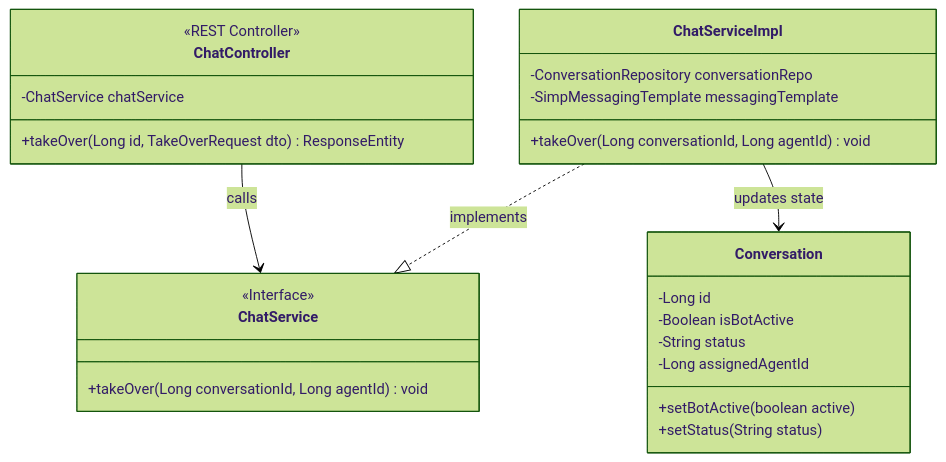
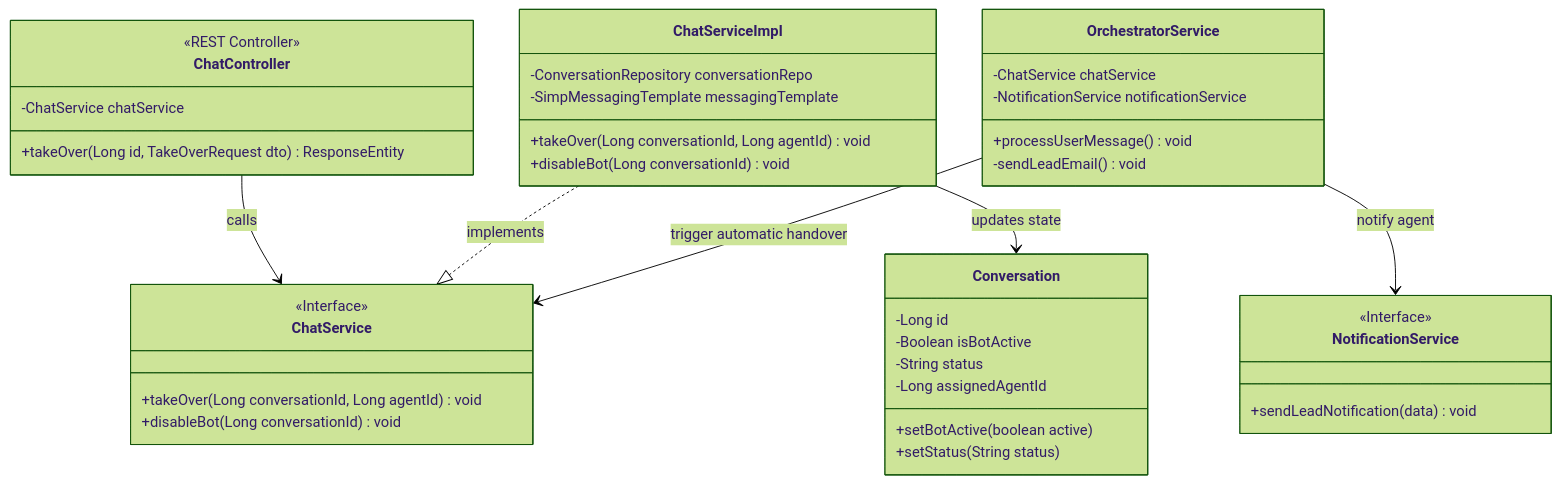
One commit to quangnguyenviet/SMARTAGENT-HYBRID-SUPPORT changed the diagram in docs/features/handover/classDiagram.md. Above: the diagram before and after it, drawn with Mermaid (forest theme). The commit also changed 7 other files, not shown here.

Commit message:
docs: update feature documentation to reflect new lead capture and notification system

````diff
--- a/docs/features/handover/classDiagram.md
+++ b/docs/features/handover/classDiagram.md
@@ -5,32 +5,48 @@
 ```mermaid
 classDiagram
     class ChatController {
         <<REST Controller>>
         -ChatService chatService
         +takeOver(Long id, TakeOverRequest dto) ResponseEntity
     }
 
     class ChatService {
         <<Interface>>
         +takeOver(Long conversationId, Long agentId) void
+        +disableBot(Long conversationId) void
     }
 
     class ChatServiceImpl {
         -ConversationRepository conversationRepo
         -SimpMessagingTemplate messagingTemplate
         +takeOver(Long conversationId, Long agentId) void
+        +disableBot(Long conversationId) void
+    }
+
+    class OrchestratorService {
+        -ChatService chatService
+        -NotificationService notificationService
+        +processUserMessage() void
+        -sendLeadEmail() void
     }
 
     class Conversation {
         -Long id
         -Boolean isBotActive
         -String status
         -Long assignedAgentId
         +setBotActive(boolean active)
         +setStatus(String status)
     }
 
+    class NotificationService {
+        <<Interface>>
+        +sendLeadNotification(data) void
+    }
+
     ChatController --> ChatService : calls
     ChatServiceImpl ..|> ChatService : implements
+    OrchestratorService --> ChatService : trigger automatic handover
+    OrchestratorService --> NotificationService : notify agent
     ChatServiceImpl --> Conversation : updates state
 ```
````
